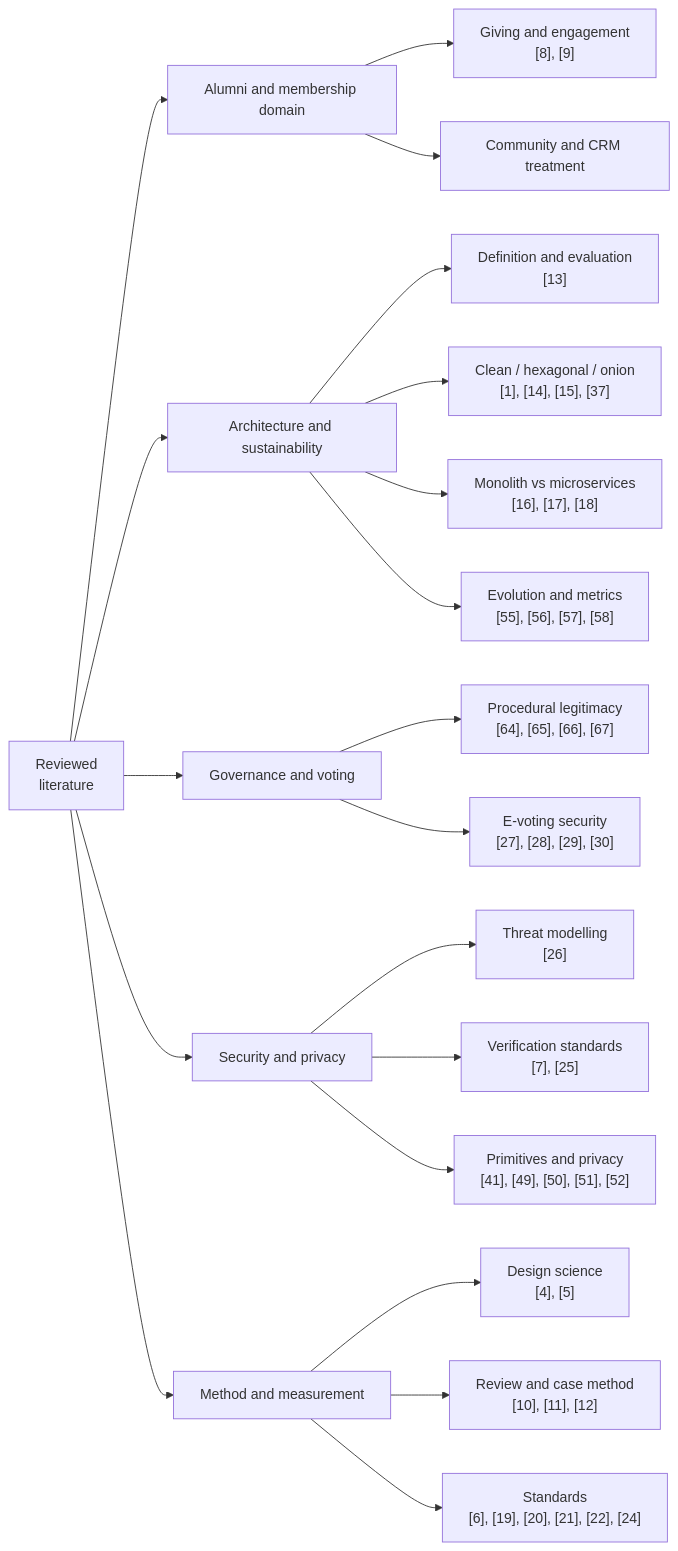
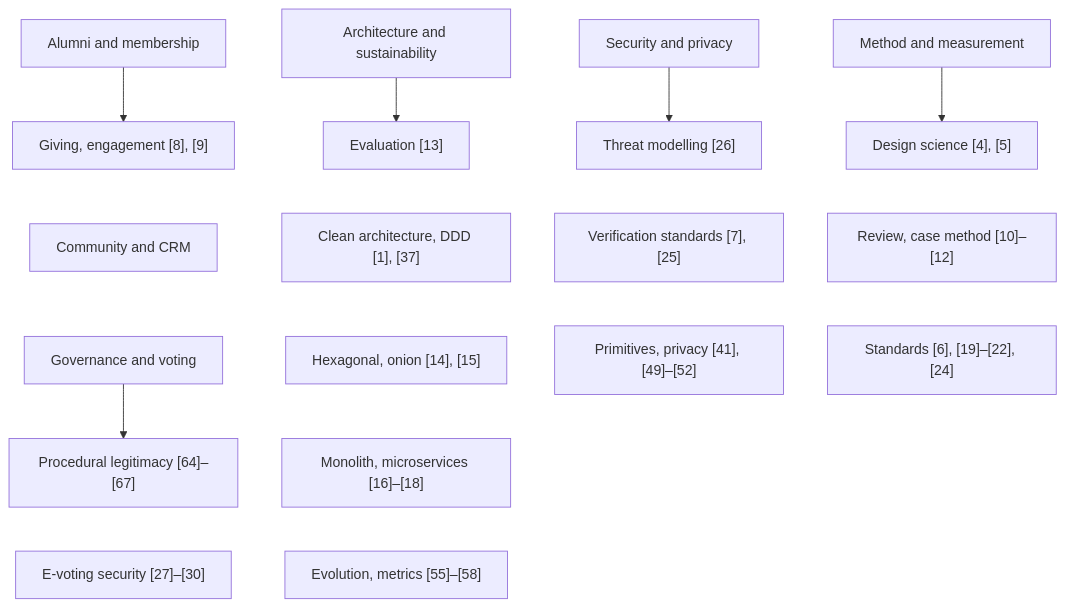
Before and after one commit to shalin-rahman/GHCAA: the second of 4 diagrams in docs/book/02-literature-review.md, drawn with Mermaid. The commit also changed other lines of this file and 42 other files, not shown here.

````diff
--- a/docs/book/02-literature-review.md
+++ b/docs/book/02-literature-review.md
@@ -453,24 +450,8 @@
 ```mermaid
-flowchart LR
-    ROOT[Reviewed<br/>literature]
-    ROOT --> D1[Alumni and membership domain]
-    ROOT --> D2[Architecture and sustainability]
-    ROOT --> D3[Governance and voting]
-    ROOT --> D4[Security and privacy]
-    ROOT --> D5[Method and measurement]
-
-    D1 --> D1a["Giving and engagement<br/>[8], [9]"]
-    D1 --> D1b["Community and CRM treatment"]
-    D2 --> D2a["Definition and evaluation<br/>[13]"]
-    D2 --> D2b["Clean / hexagonal / onion<br/>[1], [14], [15], [37]"]
-    D2 --> D2c["Monolith vs microservices<br/>[16], [17], [18]"]
-    D2 --> D2d["Evolution and metrics<br/>[55], [56], [57], [58]"]
-    D3 --> D3a["Procedural legitimacy<br/>[64], [65], [66], [67]"]
-    D3 --> D3b["E-voting security<br/>[27], [28], [29], [30]"]
-    D4 --> D4a["Threat modelling<br/>[26]"]
-    D4 --> D4b["Verification standards<br/>[7], [25]"]
-    D4 --> D4c["Primitives and privacy<br/>[41], [49], [50], [51], [52]"]
-    D5 --> D5a["Design science<br/>[4], [5]"]
-    D5 --> D5b["Review and case method<br/>[10], [11], [12]"]
-    D5 --> D5c["Standards<br/>[6], [19], [20], [21], [22], [24]"]
+flowchart TB
+    D1[Alumni and membership] --> D1a["Giving, engagement [8], [9]"] ~~~ D1b["Community and CRM"]
+    D1b ~~~ D3[Governance and voting] --> D3a["Procedural legitimacy [64]–[67]"] ~~~ D3b["E-voting security [27]–[30]"]
+    D2[Architecture and sustainability] --> D2a["Evaluation [13]"] ~~~ D2b["Clean architecture, DDD [1], [37]"] ~~~ D2e["Hexagonal, onion [14], [15]"] ~~~ D2c["Monolith, microservices [16]–[18]"] ~~~ D2d["Evolution, metrics [55]–[58]"]
+    D4[Security and privacy] --> D4a["Threat modelling [26]"] ~~~ D4b["Verification standards [7], [25]"] ~~~ D4c["Primitives, privacy [41], [49]–[52]"]
+    D5[Method and measurement] --> D5a["Design science [4], [5]"] ~~~ D5b["Review, case method [10]–[12]"] ~~~ D5c["Standards [6], [19]–[22], [24]"]
 ```
````
